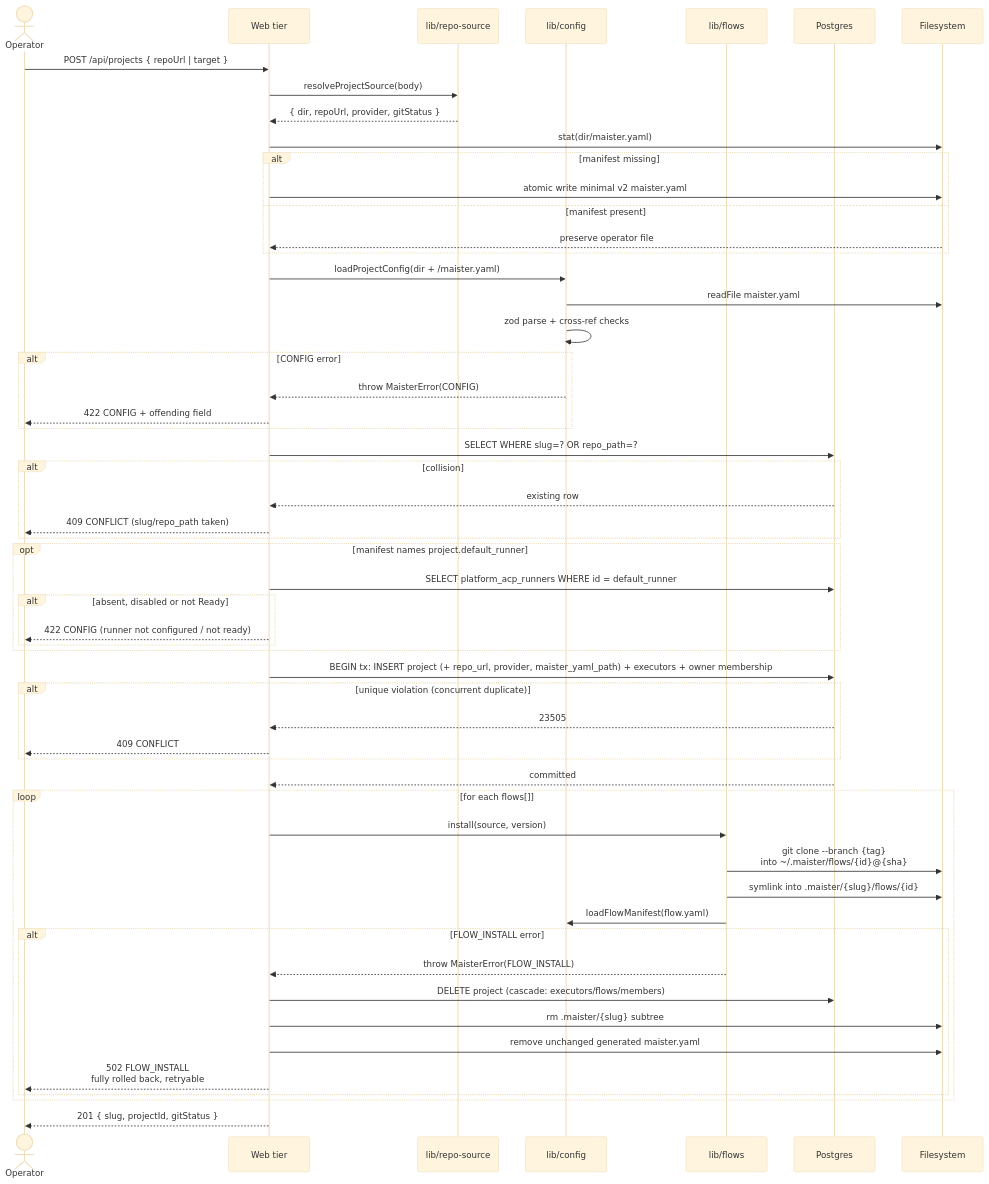
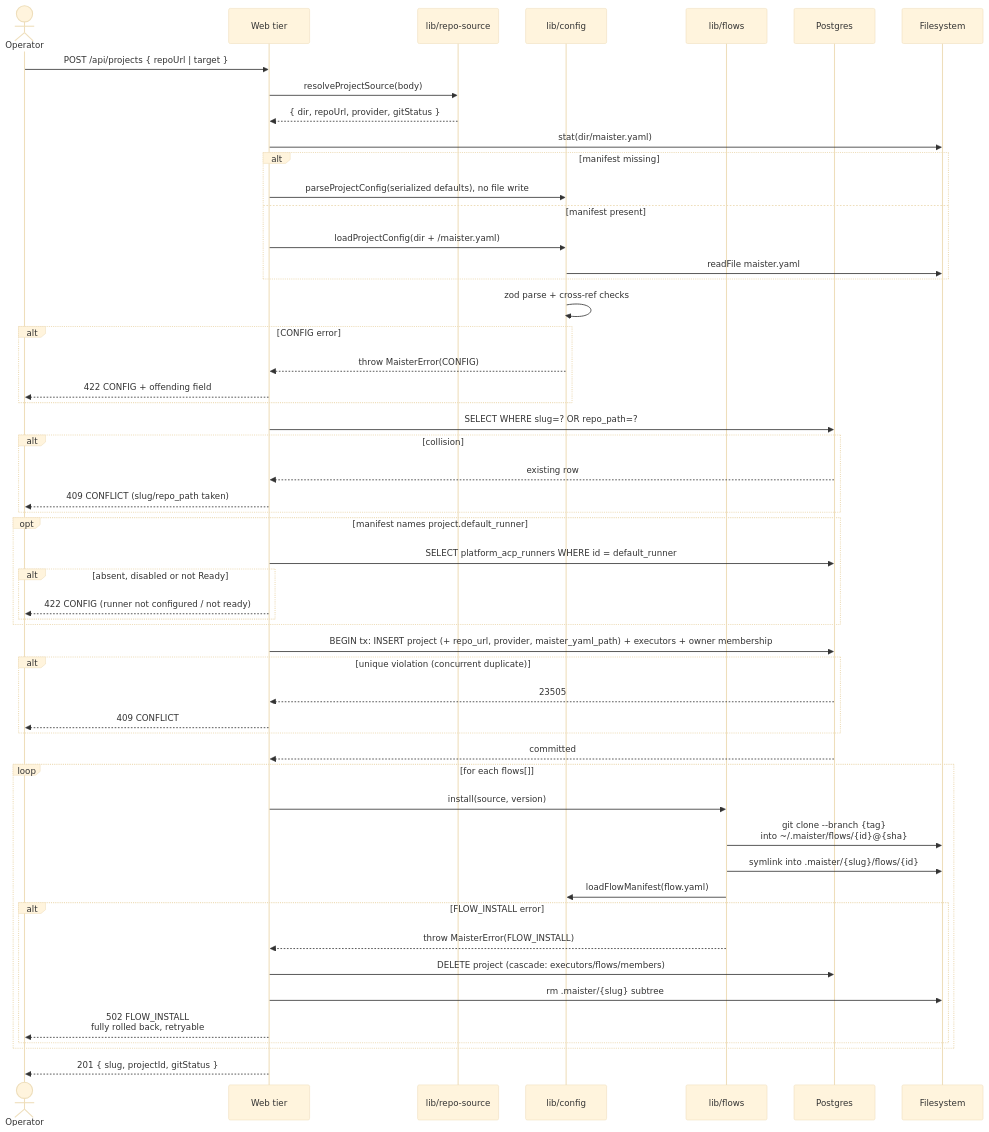
One commit to maister-dev/maister changed the fourth of 5 diagrams in docs/system-analytics/projects.md. Above: the diagram before and after it, drawn with Mermaid (base theme). The commit also changed other lines of this file and 33 other files, not shown here.

````diff
--- a/docs/system-analytics/projects.md
+++ b/docs/system-analytics/projects.md
@@ -176,58 +174,56 @@
 ```mermaid
 sequenceDiagram
     actor U as Operator
     participant W as Web tier
     participant RS as lib/repo-source
     participant CFG as lib/config
     participant FL as lib/flows
     participant DB as Postgres
     participant FS as Filesystem
 
     U->>W: POST /api/projects { repoUrl | target }
     W->>RS: resolveProjectSource(body)
     RS-->>W: { dir, repoUrl, provider, gitStatus }
     W->>FS: stat(dir/maister.yaml)
     alt manifest missing
-        W->>FS: atomic write minimal v2 maister.yaml
+        W->>CFG: parseProjectConfig(serialized defaults), no file write
     else manifest present
-        FS-->>W: preserve operator file
+        W->>CFG: loadProjectConfig(dir + /maister.yaml)
+        CFG->>FS: readFile maister.yaml
     end
-    W->>CFG: loadProjectConfig(dir + /maister.yaml)
-    CFG->>FS: readFile maister.yaml
     CFG->>CFG: zod parse + cross-ref checks
     alt CONFIG error
         CFG-->>W: throw MaisterError(CONFIG)
         W-->>U: 422 CONFIG + offending field
     end
     W->>DB: SELECT WHERE slug=? OR repo_path=?
     alt collision
         DB-->>W: existing row
         W-->>U: 409 CONFLICT (slug/repo_path taken)
     end
     opt manifest names project.default_runner
         W->>DB: SELECT platform_acp_runners WHERE id = default_runner
         alt absent, disabled or not Ready
             W-->>U: 422 CONFIG (runner not configured / not ready)
         end
     end
     W->>DB: BEGIN tx: INSERT project (+ repo_url, provider, maister_yaml_path) + executors + owner membership
     alt unique violation (concurrent duplicate)
         DB-->>W: 23505
         W-->>U: 409 CONFLICT
     end
     DB-->>W: committed
     loop for each flows[]
         W->>FL: install(source, version)
         FL->>FS: git clone --branch {tag}<br/>into ~/.maister/flows/{id}@{sha}
         FL->>FS: symlink into .maister/{slug}/flows/{id}
         FL->>CFG: loadFlowManifest(flow.yaml)
         alt FLOW_INSTALL error
             FL-->>W: throw MaisterError(FLOW_INSTALL)
             W->>DB: DELETE project (cascade: executors/flows/members)
             W->>FS: rm .maister/{slug} subtree
-            W->>FS: remove unchanged generated maister.yaml
             W-->>U: 502 FLOW_INSTALL<br/>fully rolled back, retryable
         end
     end
     W-->>U: 201 { slug, projectId, gitStatus }
 ```
````
